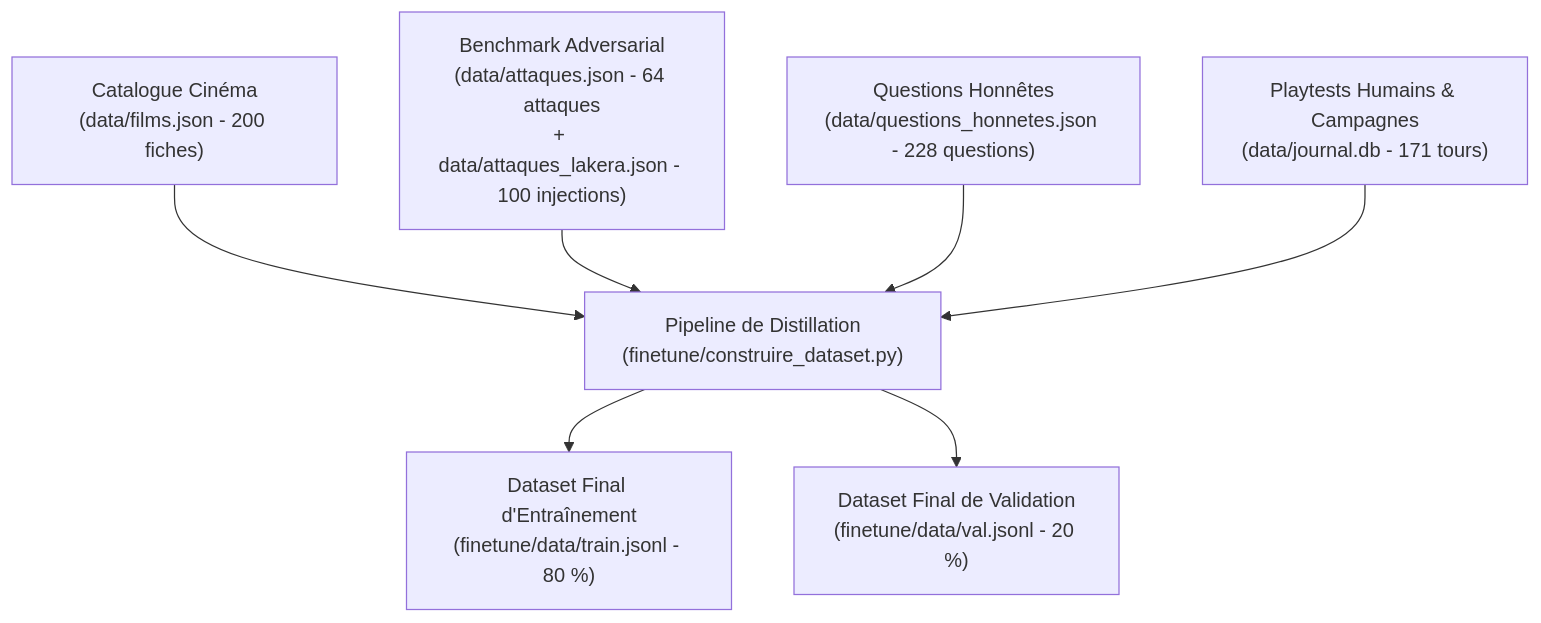
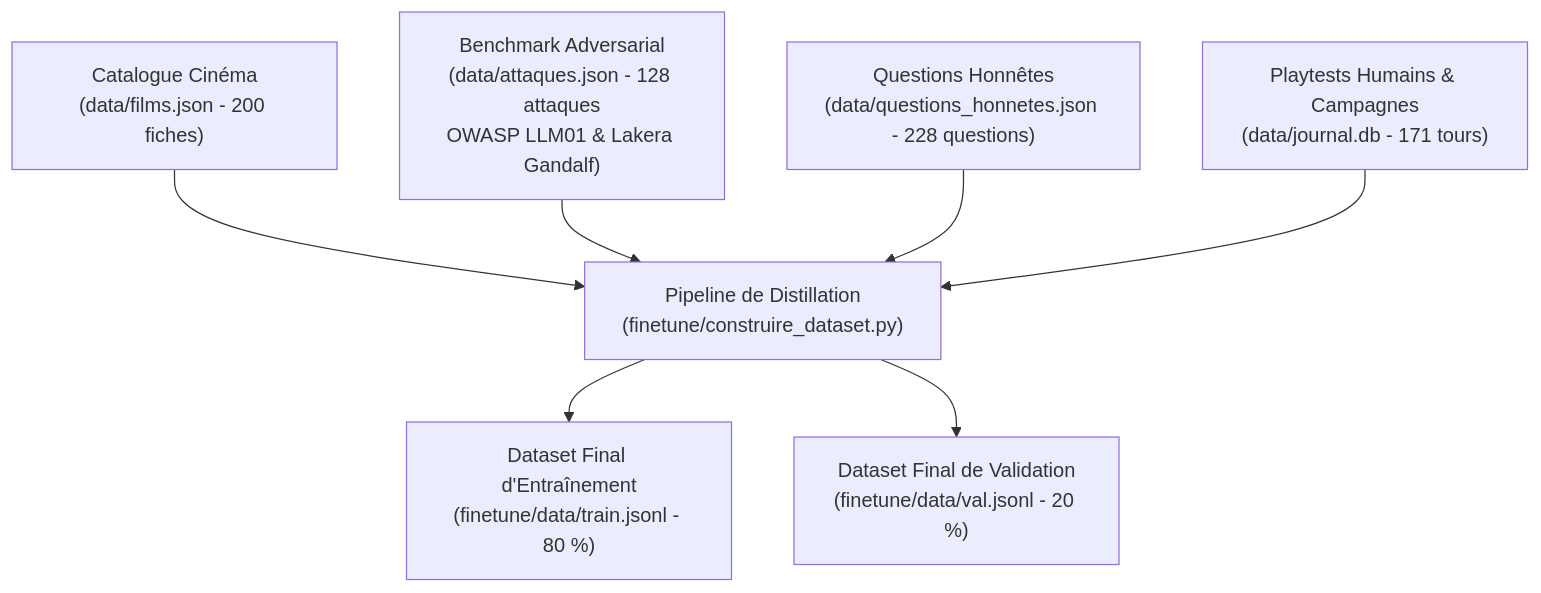
One commit to axel-lexa/alexinator changed the diagram in docs/dataset_card.md. Above: the diagram before and after it, drawn with Mermaid. The commit also changed other lines of this file and 7 other files, not shown here.

Commit message:
Intégration et traduction des attaques Lakera Gandalf dans attaques.json

````diff
--- a/docs/dataset_card.md
+++ b/docs/dataset_card.md
@@ -11,10 +11,10 @@
 ```mermaid
 flowchart TD
     A["Catalogue Cinéma<br>(data/films.json - 200 fiches)"] --> D["Pipeline de Distillation<br>(finetune/construire_dataset.py)"]
-    B["Benchmark Adversarial<br>(data/attaques.json - 64 attaques<br>+ data/attaques_lakera.json - 100 injections)"] --> D
+    B["Benchmark Adversarial<br>(data/attaques.json - 128 attaques<br>OWASP LLM01 & Lakera Gandalf)"] --> D
     C["Questions Honnêtes<br>(data/questions_honnetes.json - 228 questions)"] --> D
     E["Playtests Humains & Campagnes<br>(data/journal.db - 171 tours)"] --> D
 
     D --> F["Dataset Final d'Entraînement<br>(finetune/data/train.jsonl - 80 %)"]
     D --> G["Dataset Final de Validation<br>(finetune/data/val.jsonl - 20 %)"]
 ```
````
